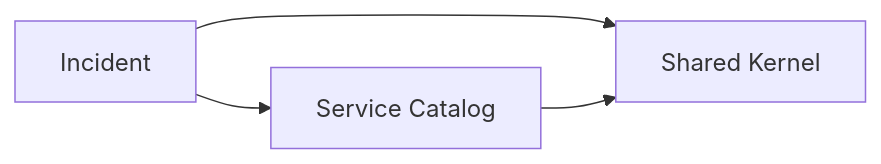
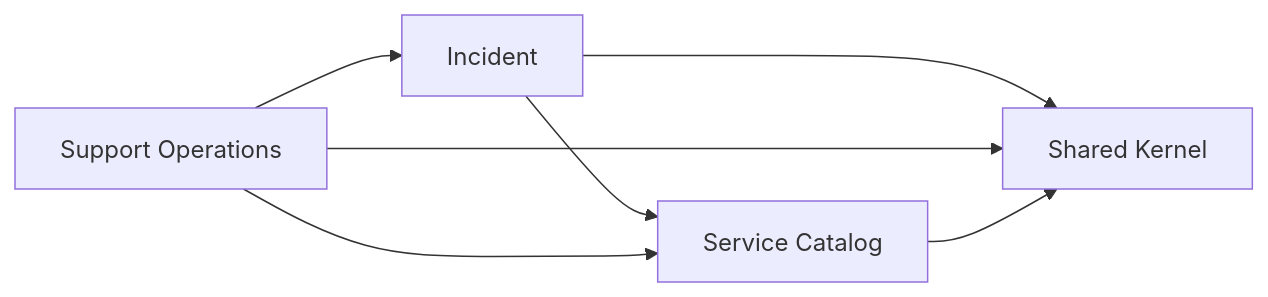
The second of 2 diagrams in docs/architecture.md (ahmadkadri978/rheinops-platform), drawn with Mermaid before and after one commit. The commit also changed other lines of this file and 69 other files, not shown here.

````diff
--- a/docs/architecture.md
+++ b/docs/architecture.md
@@ -26,6 +26,9 @@
 ```mermaid
 flowchart LR
     Incident[Incident] --> Catalog[Service Catalog]
     Incident --> Shared[Shared Kernel]
+    Support[Support Operations] --> Incident
+    Support --> Catalog
+    Support --> Shared
     Catalog --> Shared
 ```
````
